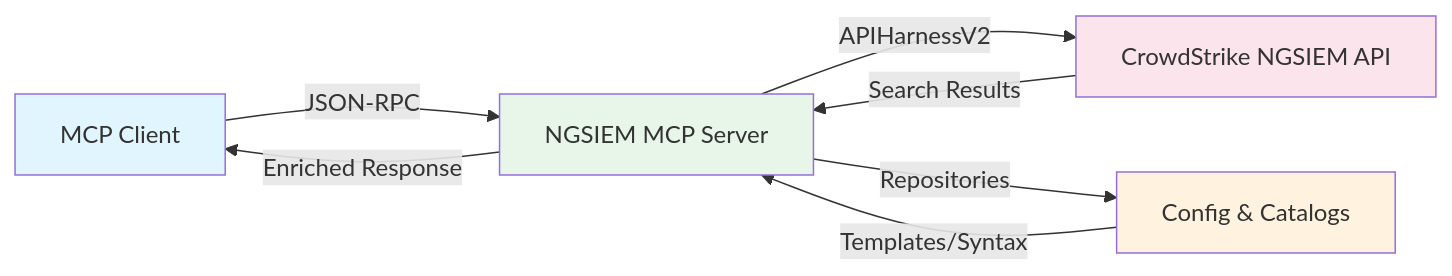
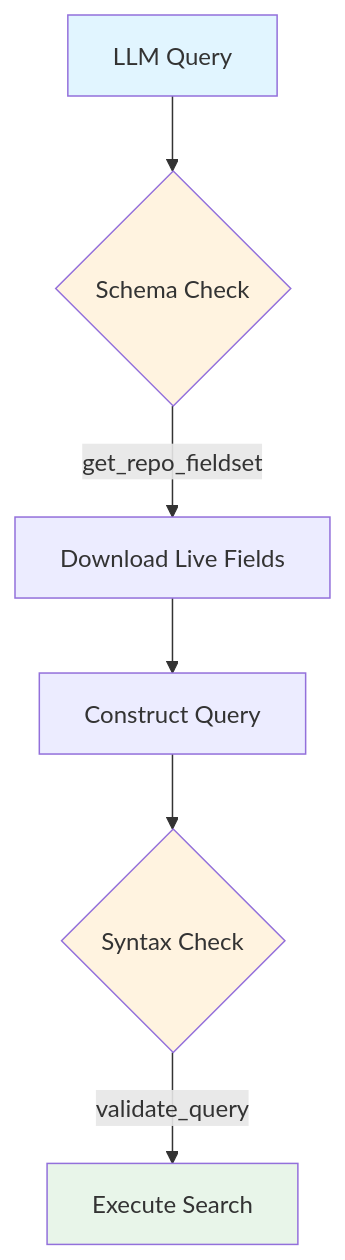
One commit to rodkinal/cs-ngsiem-mcp changed the first of 6 diagrams in README.md. Above: the diagram before and after it, drawn with Mermaid. The commit also changed other lines of this file and 11 other files, not shown here.

First line of the commit message:
feat: migrate to dual-transport architecture (HTTP/SSE + Stdio)

````diff
--- a/README.md
+++ b/README.md
@@ -9,14 +20,13 @@
 ```mermaid
-graph LR
-    A[MCP Client] -->|JSON-RPC| B[NGSIEM MCP Server]
-    B -->|APIHarnessV2| C[CrowdStrike NGSIEM API]
-    B -->|Repositories| D[Config & Catalogs]
-    C -->|Search Results| B
-    D -->|Templates/Syntax| B
-    B -->|Enriched Response| A
+graph TD
+    A[LLM Query] --> B{Schema Check}
+    B -->|get_repo_fieldset| C[Download Live Fields]
+    C --> D[Construct Query]
+    D --> E{Syntax Check}
+    E -->|validate_query| F[Execute Search]
     
     style A fill:#e1f5ff
-    style B fill:#e8f5e9
-    style C fill:#fce4ec
-    style D fill:#fff3e0
+    style B fill:#fff3e0
+    style E fill:#fff3e0
+    style F fill:#e8f5e9
 ```
````
